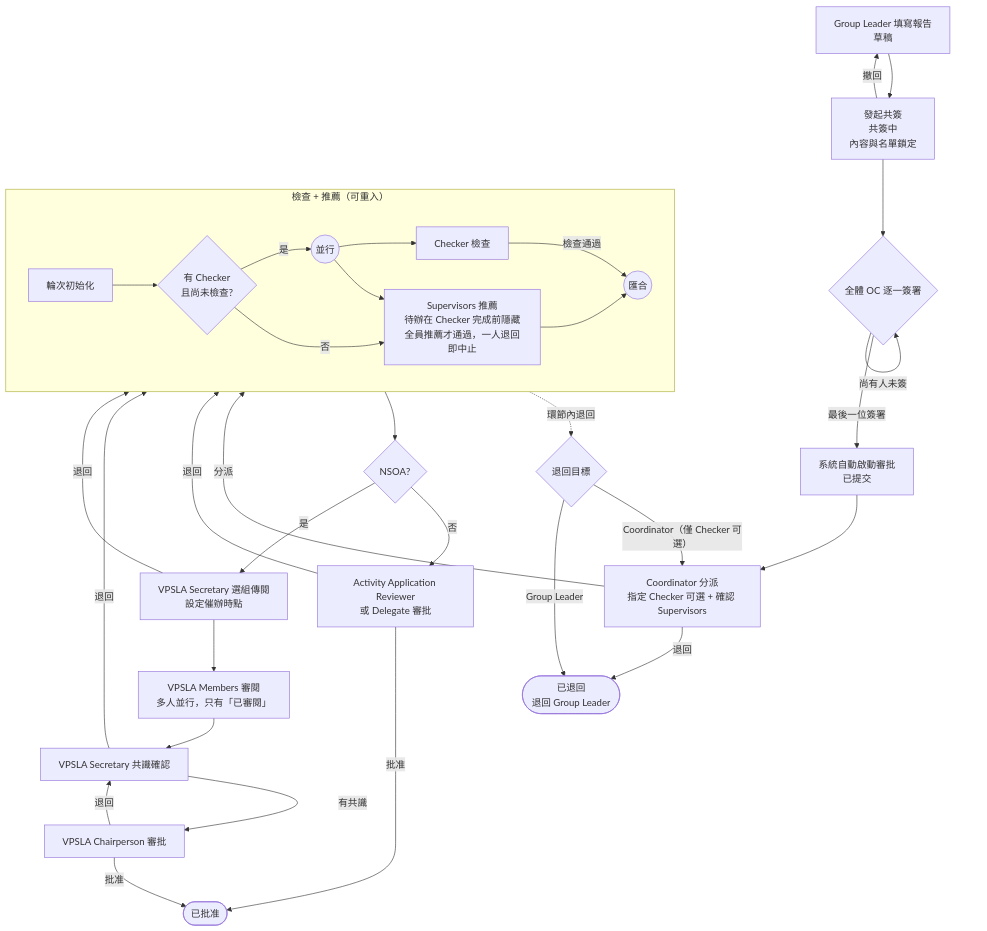
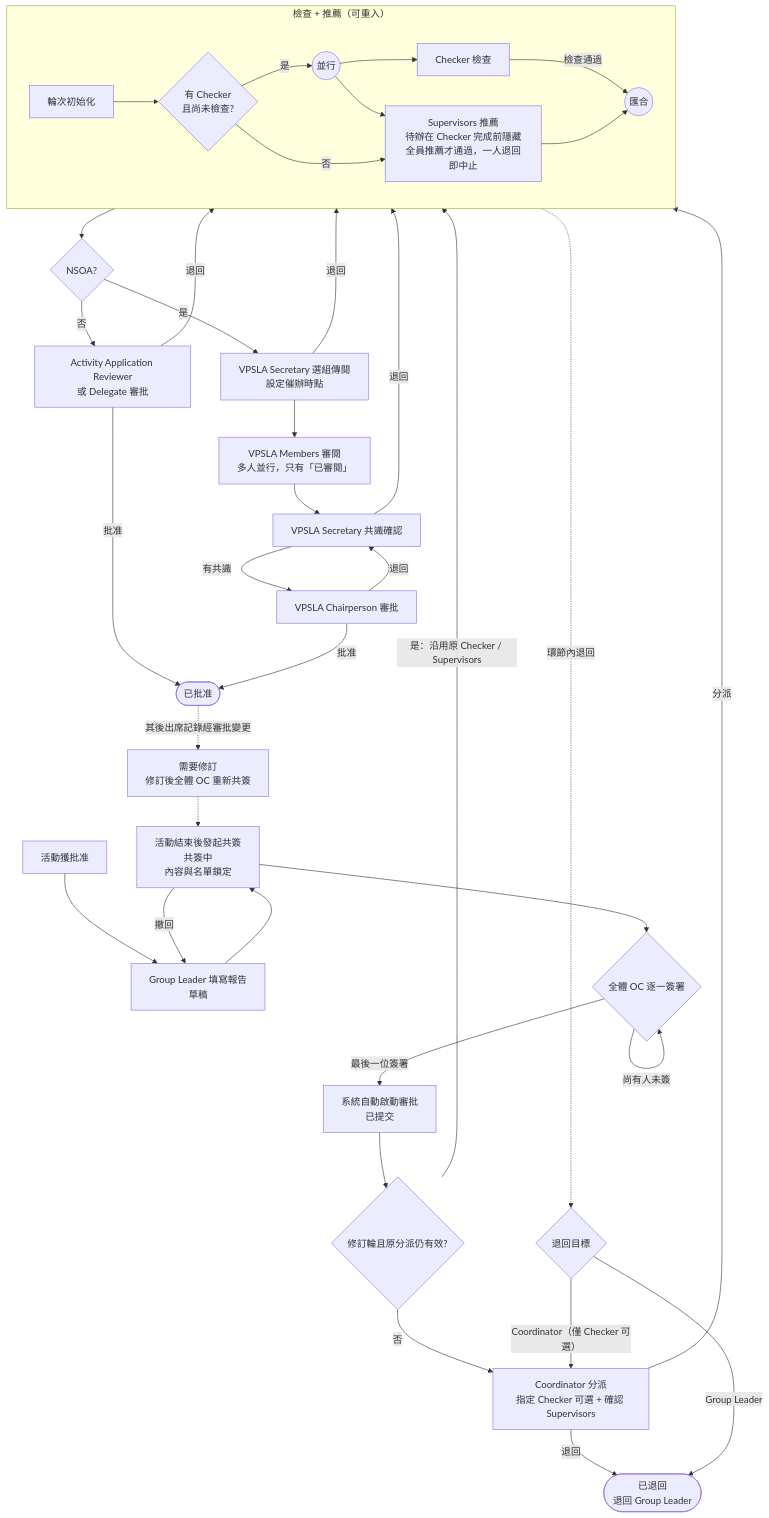
The diagram in activity-report-submission-guide.md (OneStar-Projects/SLAS-Docs), drawn with Mermaid before and after one commit. The commit also changed other lines of this file and 12 other files, not shown here.

````diff
--- a/activity-report-submission-guide.md
+++ b/activity-report-submission-guide.md
@@ -78,35 +90,39 @@
 ```mermaid
 flowchart TD
-    A[Group Leader 填寫報告<br/>草稿] --> B[發起共簽<br/>共簽中<br/>內容與名單鎖定]
+    A0[活動獲批准] --> A[Group Leader 填寫報告<br/>草稿]
+    A --> B[活動結束後發起共簽<br/>共簽中<br/>內容與名單鎖定]
     B -- 撤回 --> A
     B --> C{全體 OC 逐一簽署}
     C -- 尚有人未簽 --> C
     C -- 最後一位簽署 --> D[系統自動啟動審批<br/>已提交]
-    D --> E[Coordinator 分派<br/>指定 Checker 可選 + 確認 Supervisors]
+    D --> AG{修訂輪且原分派仍有效?}
+    AG -- 否 --> E[Coordinator 分派<br/>指定 Checker 可選 + 確認 Supervisors]
+    AG -- 是：沿用原 Checker / Supervisors --> SUB
     E -- 退回 --> RET([已退回<br/>退回 Group Leader])
     E -- 分派 --> SUB
     subgraph SUB [檢查 + 推薦（可重入）]
       I[輪次初始化] --> G{有 Checker<br/>且尚未檢查?}
       G -- 是 --> FORK((並行))
       FORK --> CHK[Checker 檢查]
       FORK --> SUP[Supervisors 推薦<br/>待辦在 Checker 完成前隱藏<br/>全員推薦才通過，一人退回即中止]
       G -- 否 --> SUP
       CHK -- 檢查通過 --> JOIN((匯合))
       SUP --> JOIN
     end
     SUB -. 環節內退回 .-> RG{退回目標}
     RG -- Coordinator（僅 Checker 可選） --> E
     RG -- Group Leader --> RET
     SUB --> NS{NSOA?}
     NS -- 否 --> REV[Activity Application Reviewer<br/>或 Delegate 審批]
     REV -- 批准 --> OK([已批准])
     REV -- 退回 --> SUB
     NS -- 是 --> VPS[VPSLA Secretary 選組傳閱<br/>設定催辦時點]
     VPS -- 退回 --> SUB
     VPS --> VPM[VPSLA Members 審閱<br/>多人並行，只有「已審閱」]
     VPM --> VPC[VPSLA Secretary 共識確認]
     VPC -- 退回 --> SUB
     VPC -- 有共識 --> CH[VPSLA Chairperson 審批]
     CH -- 批准 --> OK
     CH -- 退回 --> VPC
+    OK -. 其後出席記錄經審批變更 .-> CR[需要修訂<br/>修訂後全體 OC 重新共簽] -.-> B
 ```
````
